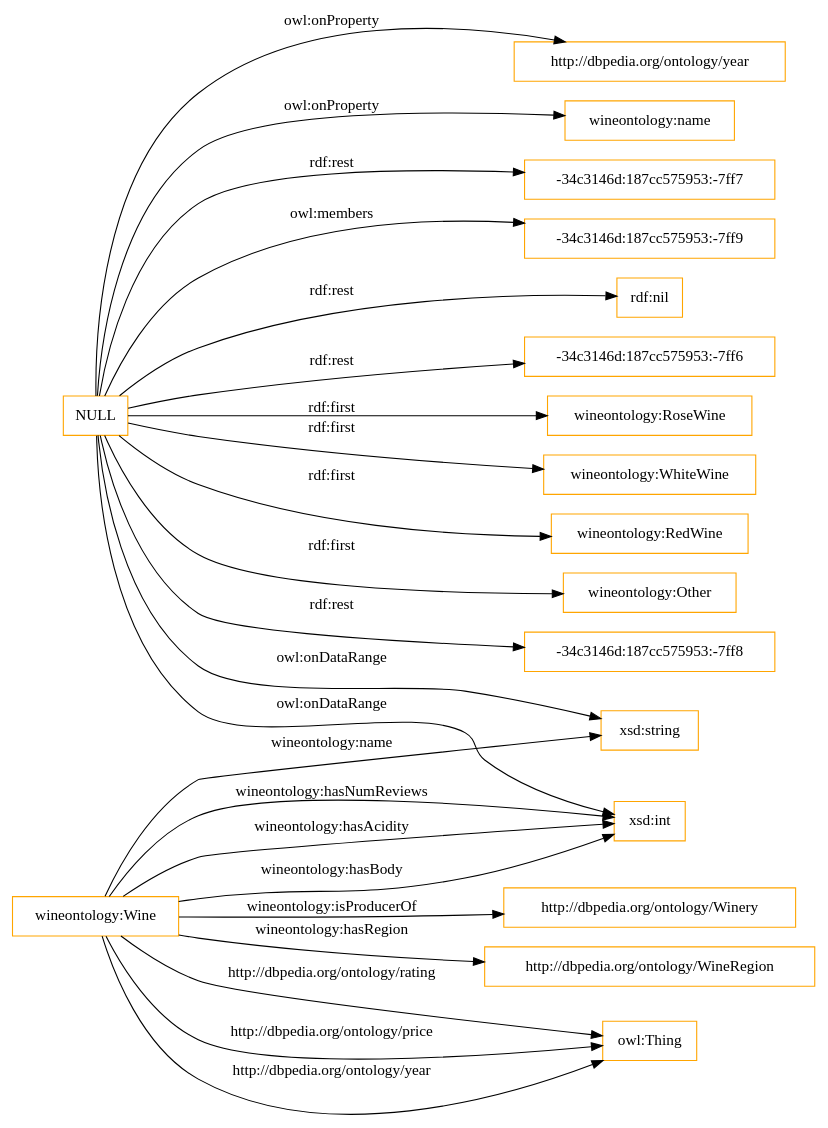
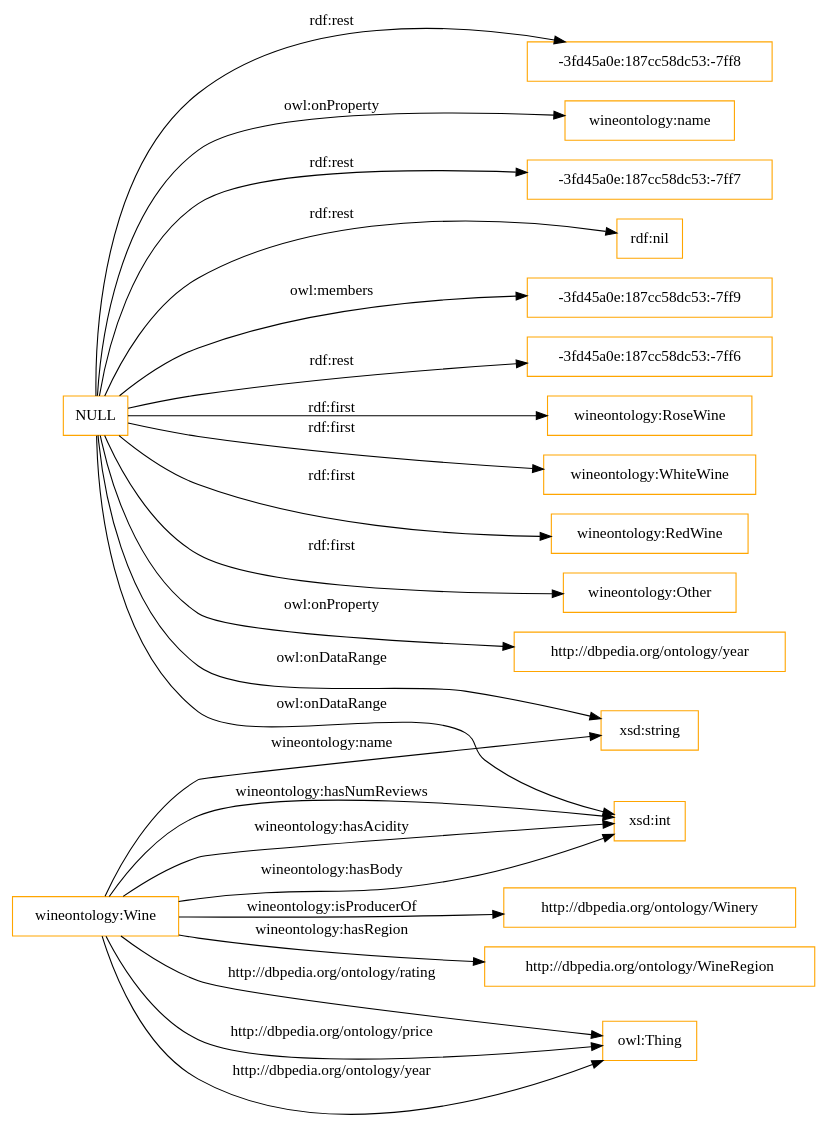
Before and after one commit to aizquierdode/PEC2: the diagram in OnToology/wines.rdf/diagrams/ar2dtool-class/wines.rdf.png.dot, drawn with Graphviz. The commit also changed 2 other files, not shown here.

```diff
--- a/OnToology/wines.rdf/diagrams/ar2dtool-class/wines.rdf.png.dot
+++ b/OnToology/wines.rdf/diagrams/ar2dtool-class/wines.rdf.png.dot
@@ -1,28 +1,28 @@
 digraph ar2dtool_diagram { 
 rankdir=LR;
 size="1501"
 node [shape = rectangle, color="orange"]; "wineontology:RoseWine" "wineontology:Wine" "wineontology:WhiteWine" "wineontology:RedWine" "http://dbpedia.org/ontology/Winery" "http://dbpedia.org/ontology/WineRegion" "wineontology:Other" ; /*classes style*/
 	"NULL" -> "wineontology:WhiteWine" [ label = "rdf:first" ];
-	"NULL" -> "-34c3146d:187cc575953:-7ff8" [ label = "rdf:rest" ];
 	"NULL" -> "http://dbpedia.org/ontology/year" [ label = "owl:onProperty" ];
+	"NULL" -> "-3fd45a0e:187cc58dc53:-7ff8" [ label = "rdf:rest" ];
 	"NULL" -> "wineontology:name" [ label = "owl:onProperty" ];
-	"NULL" -> "-34c3146d:187cc575953:-7ff7" [ label = "rdf:rest" ];
-	"NULL" -> "-34c3146d:187cc575953:-7ff9" [ label = "owl:members" ];
+	"NULL" -> "-3fd45a0e:187cc58dc53:-7ff7" [ label = "rdf:rest" ];
 	"NULL" -> "rdf:nil" [ label = "rdf:rest" ];
 	"NULL" -> "wineontology:RedWine" [ label = "rdf:first" ];
+	"NULL" -> "-3fd45a0e:187cc58dc53:-7ff9" [ label = "owl:members" ];
 	"NULL" -> "xsd:string" [ label = "owl:onDataRange" ];
 	"NULL" -> "wineontology:Other" [ label = "rdf:first" ];
 	"NULL" -> "xsd:int" [ label = "owl:onDataRange" ];
-	"NULL" -> "-34c3146d:187cc575953:-7ff6" [ label = "rdf:rest" ];
+	"NULL" -> "-3fd45a0e:187cc58dc53:-7ff6" [ label = "rdf:rest" ];
 	"NULL" -> "wineontology:RoseWine" [ label = "rdf:first" ];
 	"wineontology:Wine" -> "http://dbpedia.org/ontology/WineRegion" [ label = "wineontology:hasRegion" ];
 	"wineontology:Wine" -> "xsd:int" [ label = "wineontology:hasAcidity" ];
 	"wineontology:Wine" -> "xsd:int" [ label = "wineontology:hasBody" ];
 	"wineontology:Wine" -> "http://dbpedia.org/ontology/Winery" [ label = "wineontology:isProducerOf" ];
 	"wineontology:Wine" -> "xsd:int" [ label = "wineontology:hasNumReviews" ];
 	"wineontology:Wine" -> "owl:Thing" [ label = "http://dbpedia.org/ontology/price" ];
 	"wineontology:Wine" -> "owl:Thing" [ label = "http://dbpedia.org/ontology/year" ];
 	"wineontology:Wine" -> "owl:Thing" [ label = "http://dbpedia.org/ontology/rating" ];
 	"wineontology:Wine" -> "xsd:string" [ label = "wineontology:name" ];
 
 }
```
